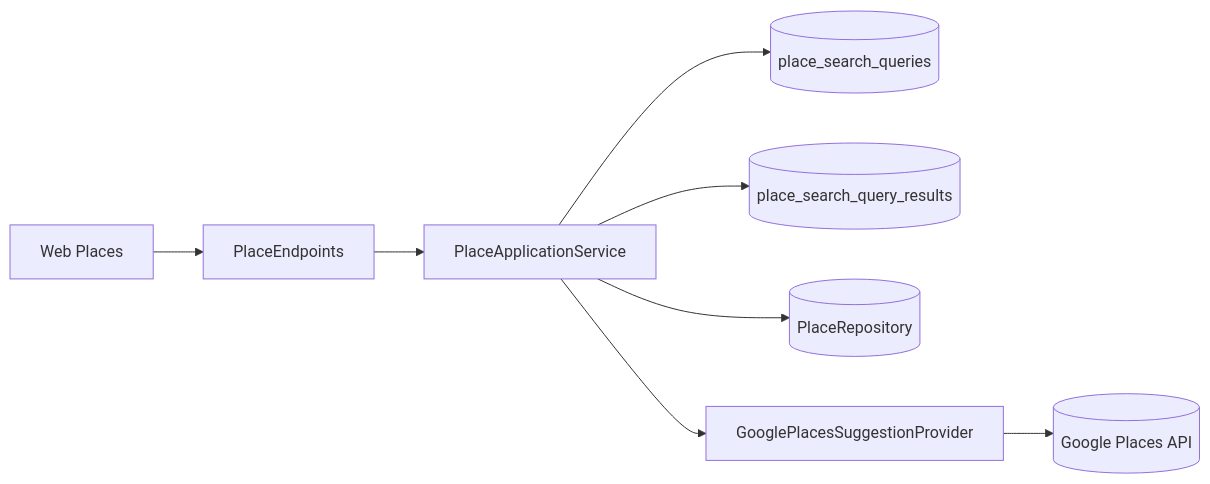
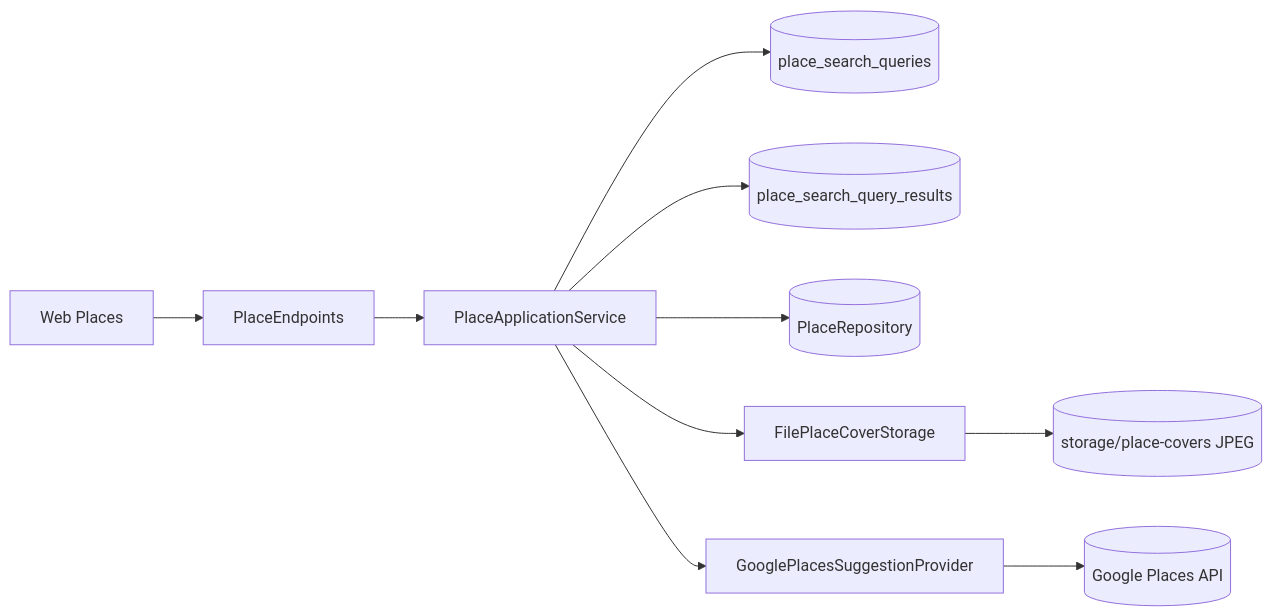
Before and after one commit to dmoraroca/zuppeto: the diagram in docs/ca/tecnic-ca.md, drawn with Mermaid. The commit also changed other lines of this file and 46 other files, not shown here.

````diff
--- a/docs/ca/tecnic-ca.md
+++ b/docs/ca/tecnic-ca.md
@@ -626,10 +674,12 @@
 ```mermaid
 flowchart LR
   UI[Web Places] --> API[PlaceEndpoints]
   API --> APP[PlaceApplicationService]
   APP --> Q[(place_search_queries)]
   APP --> QR[(place_search_query_results)]
   APP --> REP[(PlaceRepository)]
+  APP --> COVER[FilePlaceCoverStorage]
   APP --> EXT[GooglePlacesSuggestionProvider]
   EXT --> GP[(Google Places API)]
+  COVER --> DISK[(storage/place-covers JPEG)]
 ```
````
